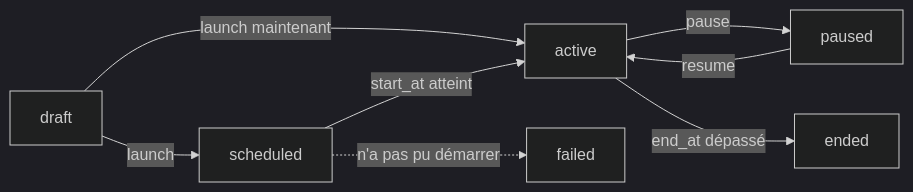
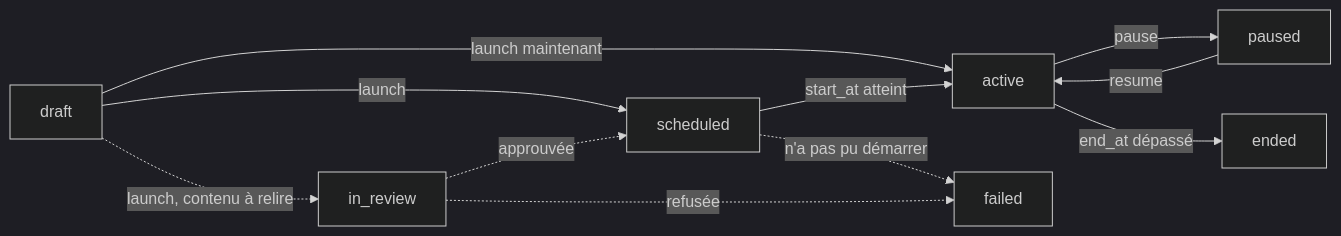
Before and after one commit to yann-yvan/docs: the diagram in fr/api-reference/guides/send-a-campaign.mdx, drawn with Mermaid (dark theme). The commit also changed other lines of this file and 15 other files, not shown here.

````diff
--- a/fr/api-reference/guides/send-a-campaign.mdx
+++ b/fr/api-reference/guides/send-a-campaign.mdx
@@ -10,10 +10,13 @@
 ```mermaid
 flowchart LR
     D[draft] -->|launch| S[scheduled]
     D -->|launch maintenant| A[active]
     S -->|start_at atteint| A
     A -->|pause| P[paused]
     P -->|resume| A
     A -->|end_at dépassé| E[ended]
     S -.->|n'a pas pu démarrer| F[failed]
+    D -.->|launch, contenu à relire| R[in_review]
+    R -.->|approuvée| S
+    R -.->|refusée| F
 ```
````
